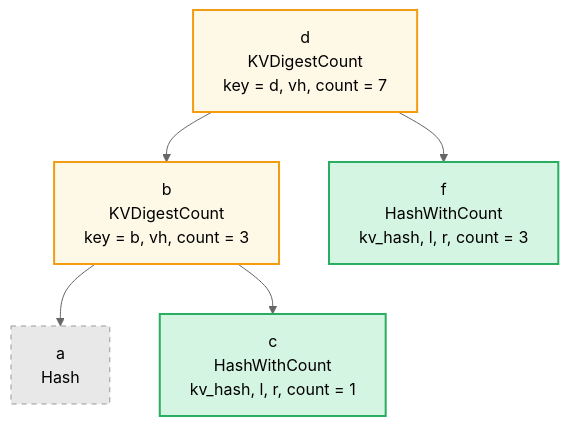
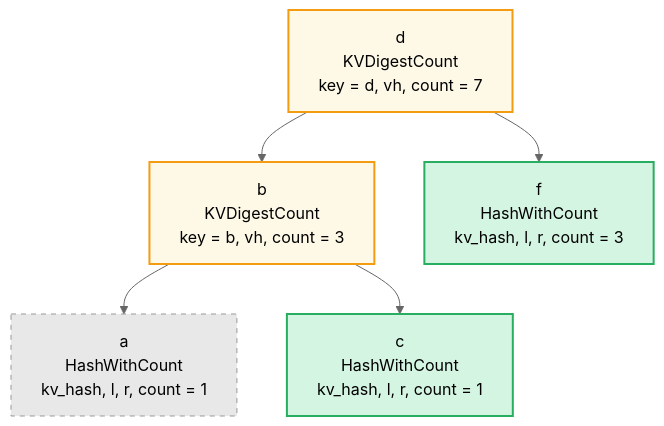
The third of 5 diagrams in docs/book/src/aggregate-count-queries.md (dashpay/grovedb), drawn with Mermaid (neutral theme) before and after one commit. The commit also changed other lines of this file and 1 other file, not shown here.

````diff
--- a/docs/book/src/aggregate-count-queries.md
+++ b/docs/book/src/aggregate-count-queries.md
@@ -285,18 +291,18 @@
 ```mermaid
 graph TD
     d["d<br/>KVDigestCount<br/>key = d, vh, count = 7"]
     b["b<br/>KVDigestCount<br/>key = b, vh, count = 3"]
     f["f<br/>HashWithCount<br/>kv_hash, l, r, count = 3"]
-    aH["a<br/>Hash"]
+    aH["a<br/>HashWithCount<br/>kv_hash, l, r, count = 1"]
     c["c<br/>HashWithCount<br/>kv_hash, l, r, count = 1"]
     d --> b
     d --> f
     b --> aH
     b --> c
 
     style d fill:#fef9e7,stroke:#f39c12,stroke-width:2px
     style b fill:#fef9e7,stroke:#f39c12,stroke-width:2px
     style c fill:#d5f5e3,stroke:#27ae60,stroke-width:2px
     style f fill:#d5f5e3,stroke:#27ae60,stroke-width:2px
     style aH fill:#e8e8e8,stroke:#999,stroke-dasharray:5 5
 ```
````
